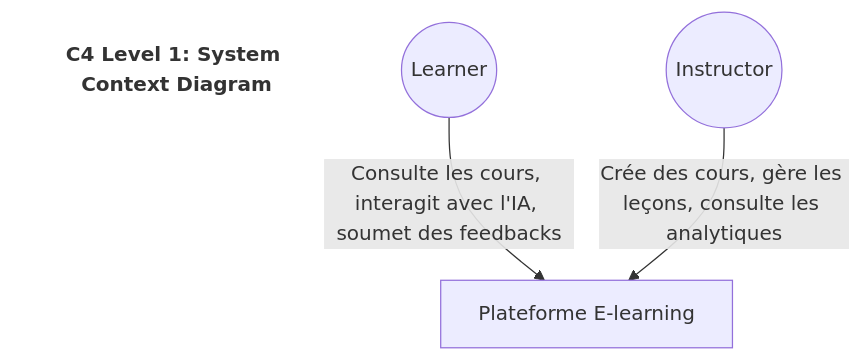
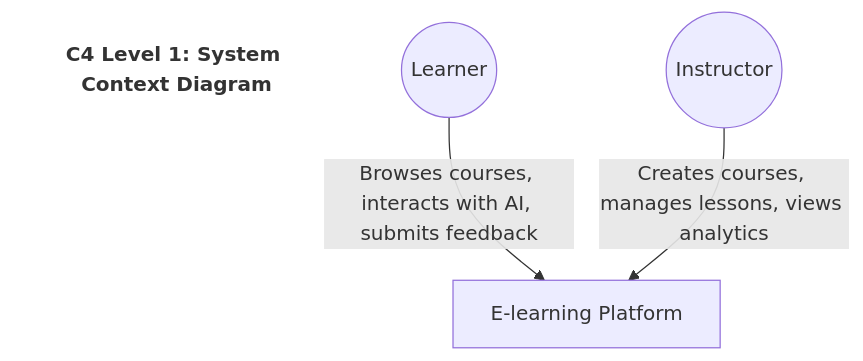
The first of 10 diagrams in architecture.md (Sen-Se1/elearning-microservice-platform), drawn with Mermaid before and after one commit. The commit also changed other lines of this file, not shown here.

Commit message:
docs: localize architecture terminology to English and refine Use Case diagrams

````diff
--- a/architecture.md
+++ b/architecture.md
@@ -12,13 +12,13 @@
 ```mermaid
 flowchart TD
     title["C4 Level 1: System Context Diagram"]
     style title fill:none,stroke:none,font-weight:bold,font-size:16px
     
     Learner((Learner))
     Instructor((Instructor))
     
-    System[Plateforme E-learning]
+    System[E-learning Platform]
     
-    Learner -->|Consulte les cours, interagit avec l'IA, soumet des feedbacks| System
-    Instructor -->|Crée des cours, gère les leçons, consulte les analytiques| System
+    Learner -->|Browses courses, interacts with AI, submits feedback| System
+    Instructor -->|Creates courses, manages lessons, views analytics| System
 ```
````
